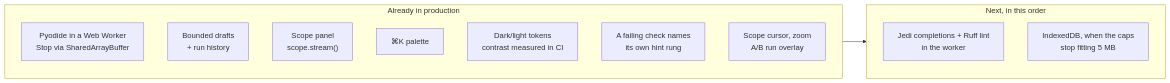
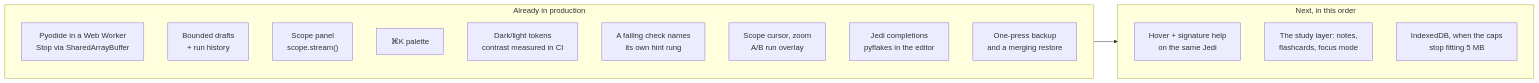
Before and after one commit to TLE47/Mechatronics-Roadmap: the diagram in docs/PLAN-2.0-GAP.md, drawn with Mermaid. The commit also changed other lines of this file and 12 other files, not shown here.

````diff
--- a/docs/PLAN-2.0-GAP.md
+++ b/docs/PLAN-2.0-GAP.md
@@ -8,17 +8,20 @@
 ```mermaid
 flowchart LR
     subgraph shipped["Already in production"]
         W["Pyodide in a Web Worker<br/>Stop via SharedArrayBuffer"]
         D["Bounded drafts<br/>+ run history"]
         S["Scope panel<br/>scope.stream()"]
         P["⌘K palette"]
         T["Dark/light tokens<br/>contrast measured in CI"]
         H["A failing check names<br/>its own hint rung"]
         A["Scope cursor, zoom<br/>A/B run overlay"]
+        J["Jedi completions<br/>pyflakes in the editor"]
+        B["One-press backup<br/>and a merging restore"]
     end
     subgraph next["Next, in this order"]
-        X["Jedi completions + Ruff lint<br/>in the worker"]
-        Y["IndexedDB, when the caps<br/>stop fitting 5 MB"]
+        N1["Hover + signature help<br/>on the same Jedi"]
+        N2["The study layer: notes,<br/>flashcards, focus mode"]
+        N3["IndexedDB, when the caps<br/>stop fitting 5 MB"]
     end
     shipped --> next
 ```
````
